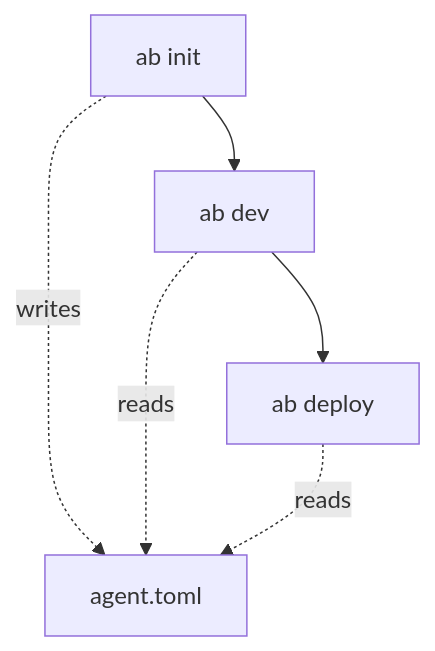
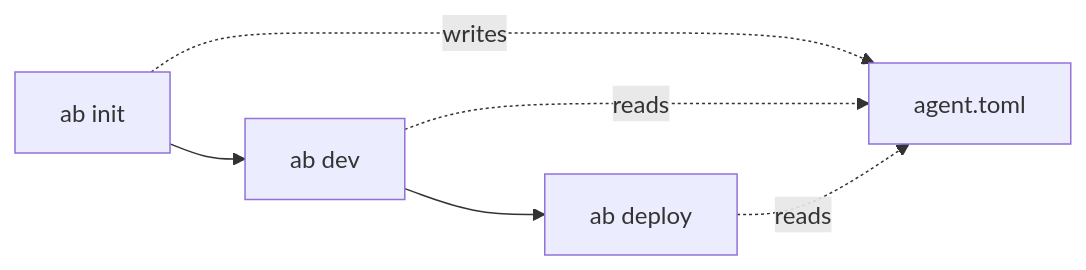
The diagram in src/content/docs/agents/cli.md (databricks/devhub), drawn with Mermaid before and after one commit. The commit also changed 1 other file, not shown here.

Commit message:
Fix Mermaid label clipping and make the lifecycle diagram horizontal
Node labels were clipping the last character (ab ini[t], ab de[v]) because
Mermaid sized each label box before the Inter web font loaded (measuring a
narrower fallback), and the flowchart-scoped htmlLabels:false was not honored
so nodes kept using clipping <foreignObject> HTML labels.

- Await document.fonts.ready before mermaid.render so measurement uses the
  loaded font.
- Set htmlLabels:false at the top level so node labels render as SVG text
  sized from real glyph metrics.
- Switch the lifecycle diagram to flowchart LR (horizontal), which uses the
  available width.

Verified in a headless browser: all node labels render un-clipped (each has
~29px slack inside its box) and the diagram is landscape (704x160).

````diff
--- a/src/content/docs/agents/cli.md
+++ b/src/content/docs/agents/cli.md
@@ -34,7 +34,7 @@
 ```mermaid
-flowchart TB
+flowchart LR
     Init["ab init"] --> Dev["ab dev"] --> Deploy["ab deploy"]
     Init -.->|writes| Toml["agent.toml"]
     Dev -.->|reads| Toml
     Deploy -.->|reads| Toml
 ```
````
